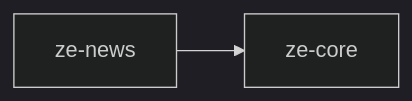
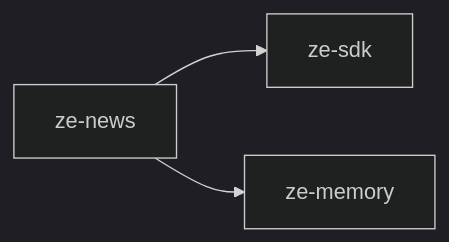
One commit to myguyze/ze changed the diagram in plugins/ze-news/README.md. Above: the diagram before and after it, drawn with Mermaid (dark theme). The commit also changed other lines of this file and 44 other files, not shown here.

````diff
--- a/plugins/ze-news/README.md
+++ b/plugins/ze-news/README.md
@@ -20,4 +20,5 @@
 ```mermaid
 graph LR
-    news[ze-news] --> core[ze-core]
+    news[ze-news] --> sdk[ze-sdk]
+    news --> memory[ze-memory]
 ```
````
